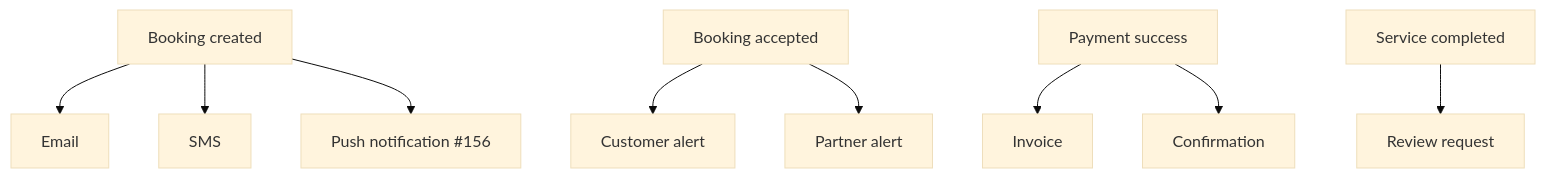
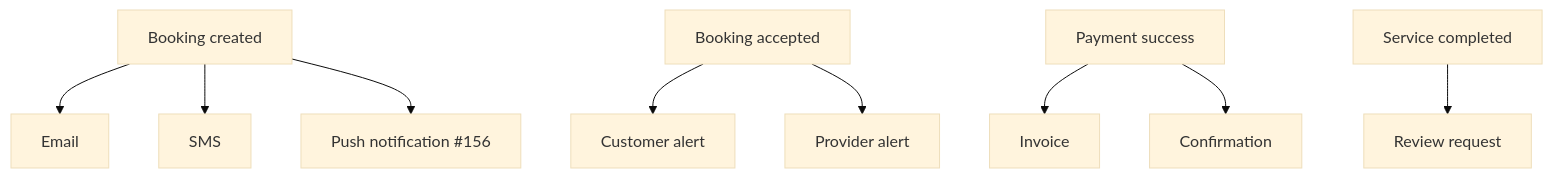
Before and after one commit to SantoshGitlab/nestly: the eighth of 9 diagrams in docs/WORKFLOW.md, drawn with Mermaid (base theme). The commit also changed other lines of this file and 488 other files, not shown here.

````diff
--- a/docs/WORKFLOW.md
+++ b/docs/WORKFLOW.md
@@ -216,11 +216,11 @@
 ```mermaid
 flowchart TD
     A[Booking created] --> B1[Email]
     A --> B2[SMS]
     A --> B3[Push notification #156]
     C[Booking accepted] --> D1[Customer alert]
-    C --> D2[Partner alert]
+    C --> D2[Provider alert]
     E[Payment success] --> F1[Invoice]
     E --> F2[Confirmation]
     G[Service completed] --> H[Review request]
 ```
````
